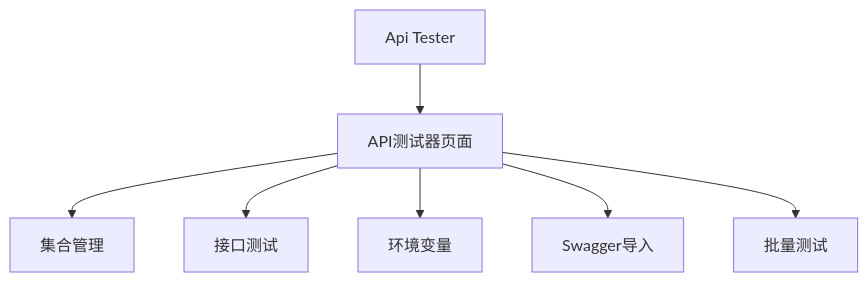
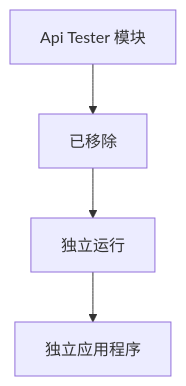
One commit to Sosososolong/AirGo changed the tenth of 17 diagrams in .qoder/repowiki/zh/content/核心架构设计/布局导航系统更新.md. Above: the diagram before and after it, drawn with Mermaid. The commit also changed other lines of this file and 10 other files, not shown here.

````diff
--- a/.qoder/repowiki/zh/content/核心架构设计/布局导航系统更新.md
+++ b/.qoder/repowiki/zh/content/核心架构设计/布局导航系统更新.md
@@ -367,9 +364,6 @@
 ```mermaid
 flowchart TD
-ApiTester[Api Tester] --> ApiTesterPage[API测试器页面]
-ApiTesterPage --> Collections[集合管理]
-ApiTesterPage --> Endpoints[接口测试]
-ApiTesterPage --> Environment[环境变量]
-ApiTesterPage --> SwaggerImport[Swagger导入]
-ApiTesterPage --> BatchTesting[批量测试]
+ApiTester[Api Tester 模块] --> Removed[已移除]
+Removed --> Independent[独立运行]
+Independent --> Standalone[独立应用程序]
 ```
````
